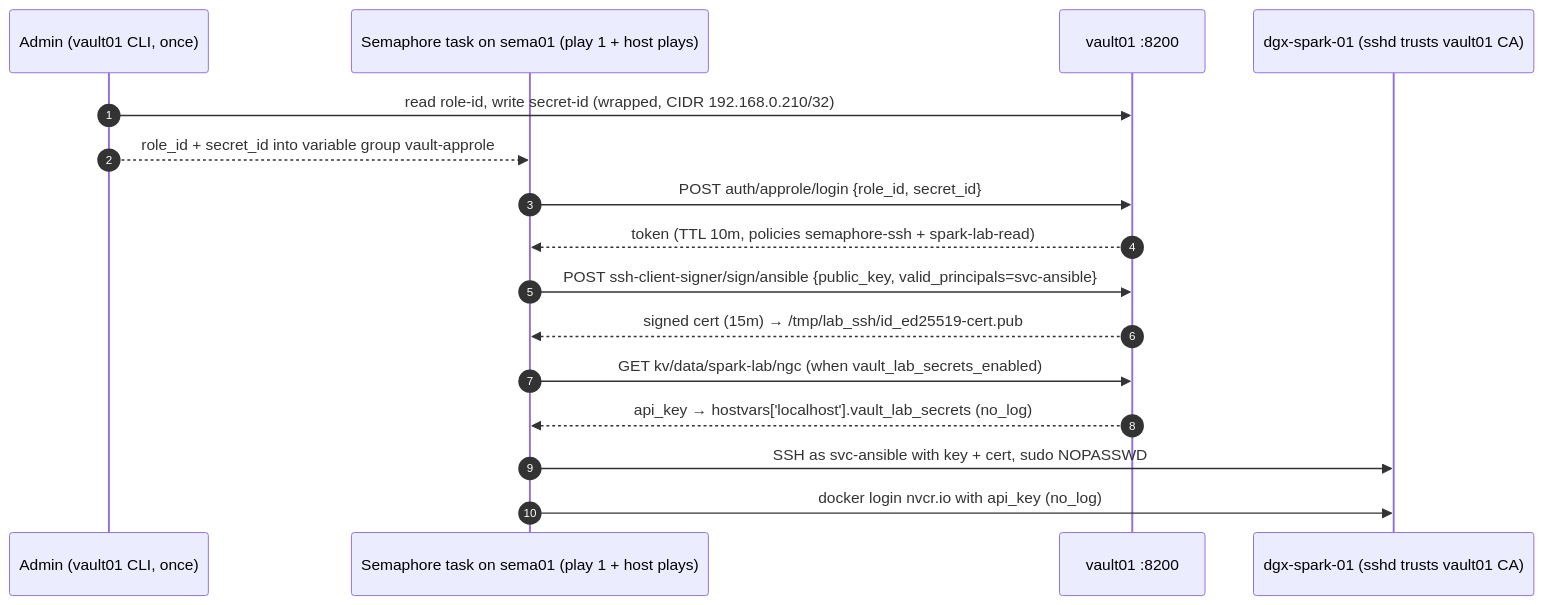
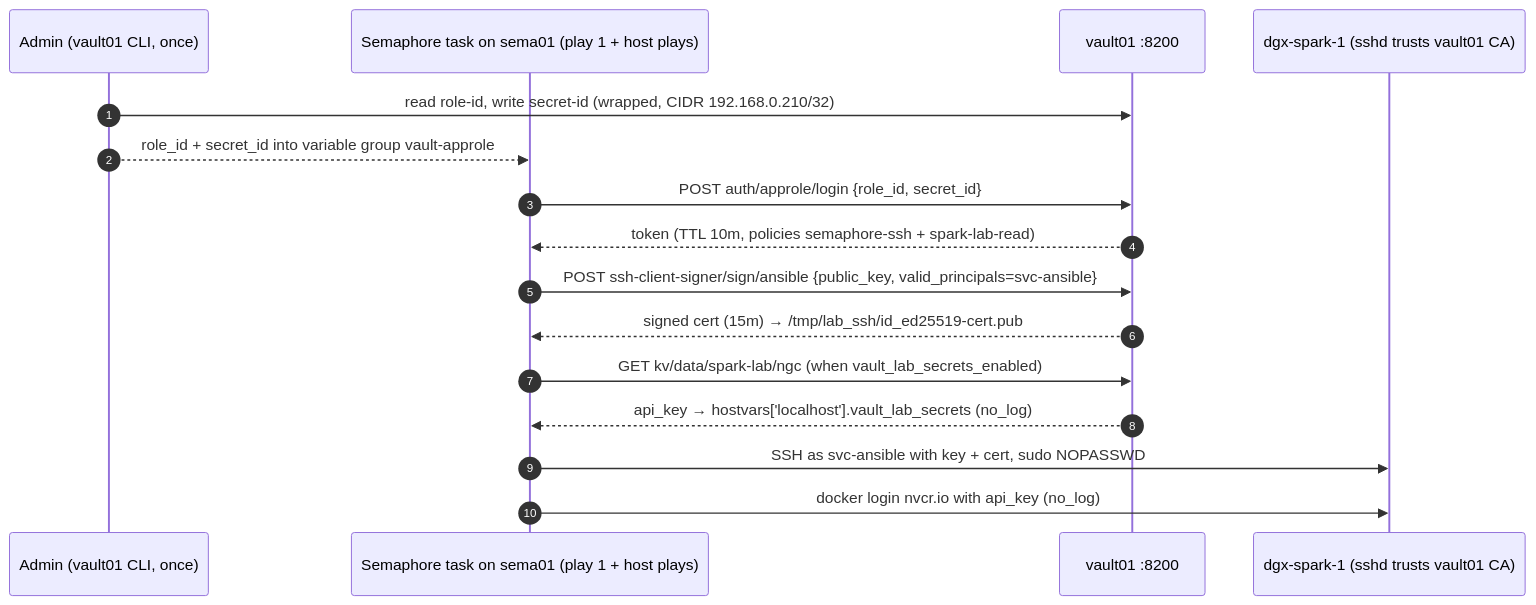
One commit to cloudone365/technical-depth changed the diagram in 01 Ansible/19-hashicorp-vault-approle-and-dynamic-secrets.md. Above: the diagram before and after it, drawn with Mermaid. The commit also changed other lines of this file and 91 other files, not shown here.

First line of the commit message:
Rename the Spark hosts to dgx-spark-1 / dgx-spark-2

````diff
--- a/01 Ansible/19-hashicorp-vault-approle-and-dynamic-secrets.md
+++ b/01 Ansible/19-hashicorp-vault-approle-and-dynamic-secrets.md
@@ -29,18 +29,18 @@
 ```mermaid
 sequenceDiagram
   autonumber
   participant ADM as Admin (vault01 CLI, once)
   participant SEM as Semaphore task on sema01 (play 1 + host plays)
   participant V as vault01 :8200
-  participant SP as dgx-spark-01 (sshd trusts vault01 CA)
+  participant SP as dgx-spark-1 (sshd trusts vault01 CA)
   ADM->>V: read role-id, write secret-id (wrapped, CIDR 192.168.0.210/32)
   ADM-->>SEM: role_id + secret_id into variable group vault-approle
   SEM->>V: POST auth/approle/login {role_id, secret_id}
   V-->>SEM: token (TTL 10m, policies semaphore-ssh + spark-lab-read)
   SEM->>V: POST ssh-client-signer/sign/ansible {public_key, valid_principals=svc-ansible}
   V-->>SEM: signed cert (15m) → /tmp/lab_ssh/id_ed25519-cert.pub
   SEM->>V: GET kv/data/spark-lab/ngc (when vault_lab_secrets_enabled)
   V-->>SEM: api_key → hostvars['localhost'].vault_lab_secrets (no_log)
   SEM->>SP: SSH as svc-ansible with key + cert, sudo NOPASSWD
   SEM->>SP: docker login nvcr.io with api_key (no_log)
 ```
````
